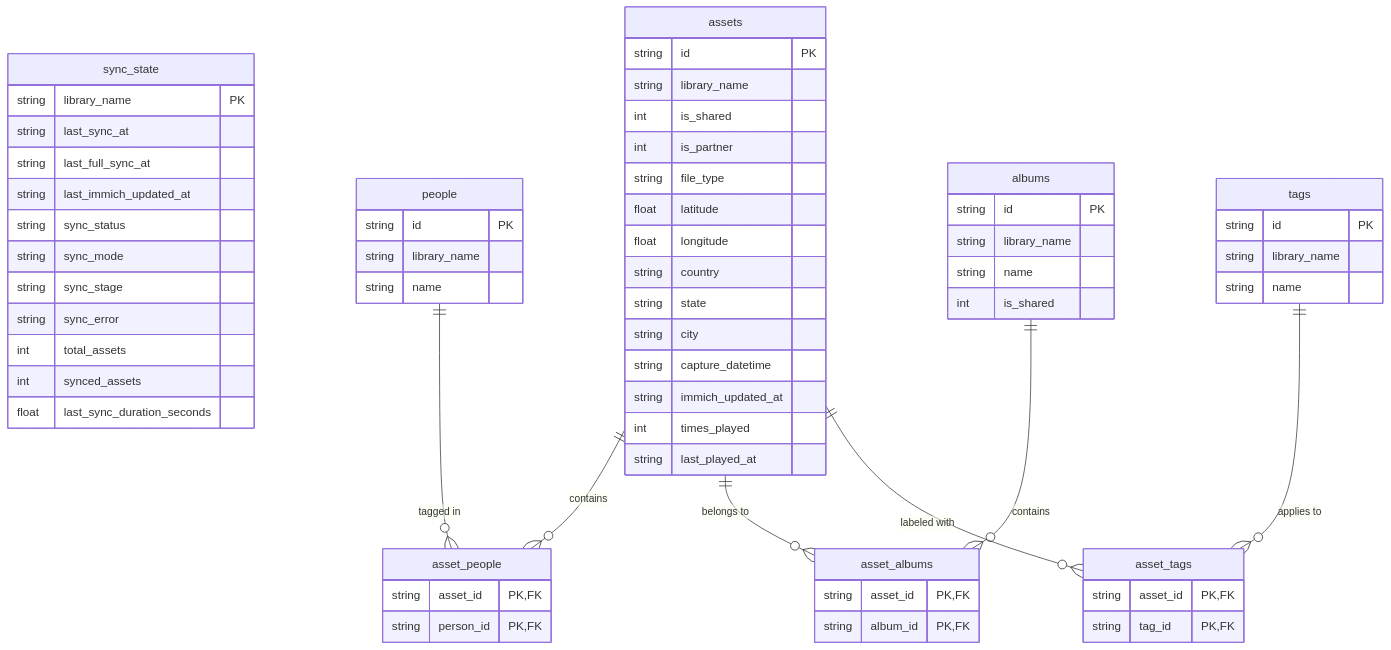
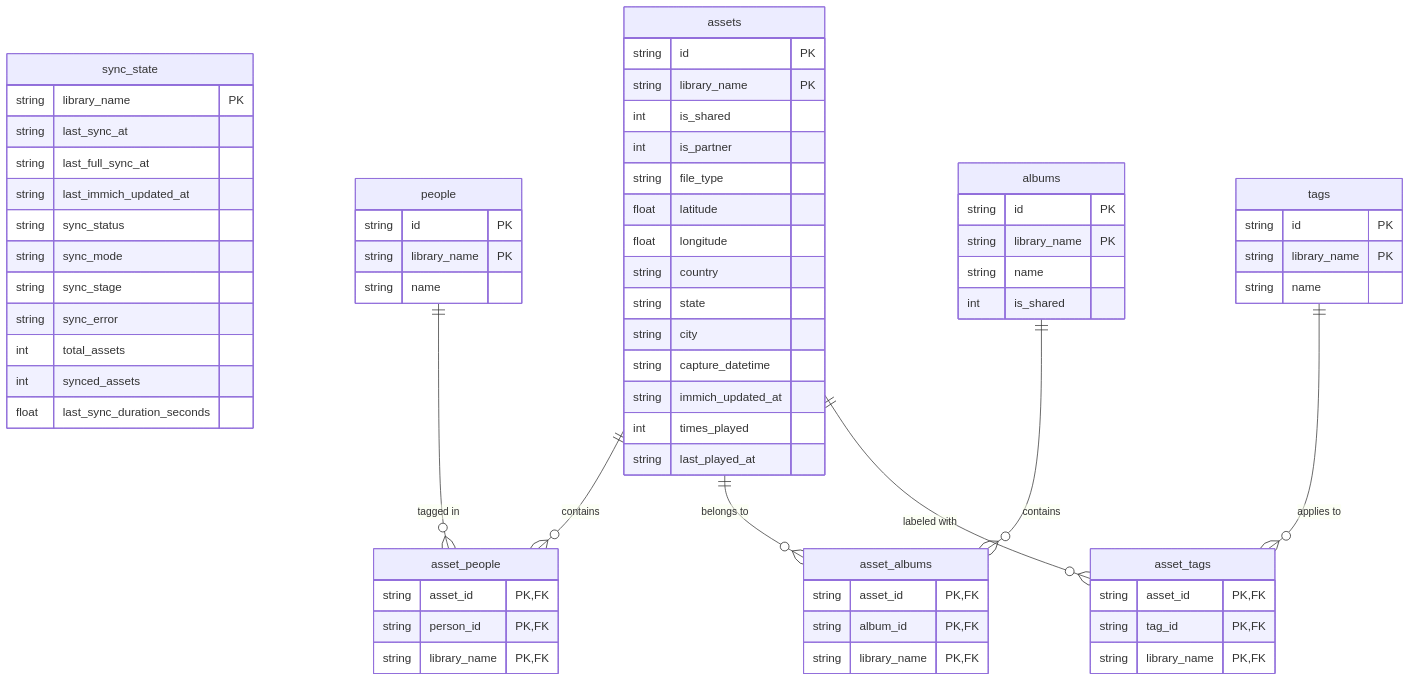
Before and after one commit to rafaelsavi/immich-quiz: the first of 3 diagrams in docs/SYNC.md, drawn with Mermaid. The commit also changed other lines of this file and 44 other files, not shown here.

````diff
--- a/docs/SYNC.md
+++ b/docs/SYNC.md
@@ -77,74 +77,77 @@
 ```mermaid
 erDiagram
     sync_state {
         string library_name PK
         string last_sync_at
         string last_full_sync_at
         string last_immich_updated_at
         string sync_status
         string sync_mode
         string sync_stage
         string sync_error
         int total_assets
         int synced_assets
         float last_sync_duration_seconds
     }
 
     assets {
         string id PK
-        string library_name
+        string library_name PK
         int is_shared
         int is_partner
         string file_type
         float latitude
         float longitude
         string country
         string state
         string city
         string capture_datetime
         string immich_updated_at
         int times_played
         string last_played_at
     }
 
     people {
         string id PK
-        string library_name
+        string library_name PK
         string name
     }
 
     asset_people {
         string asset_id PK, FK
         string person_id PK, FK
+        string library_name PK, FK
     }
 
     albums {
         string id PK
-        string library_name
+        string library_name PK
         string name
         int is_shared
     }
 
     asset_albums {
         string asset_id PK, FK
         string album_id PK, FK
+        string library_name PK, FK
     }
 
     tags {
         string id PK
-        string library_name
+        string library_name PK
         string name
     }
 
     asset_tags {
         string asset_id PK, FK
         string tag_id PK, FK
+        string library_name PK, FK
     }
 
     assets ||--o{ asset_people : "contains"
     people ||--o{ asset_people : "tagged in"
     assets ||--o{ asset_albums : "belongs to"
     albums ||--o{ asset_albums : "contains"
     assets ||--o{ asset_tags : "labeled with"
     tags ||--o{ asset_tags : "applies to"
 ```
````
